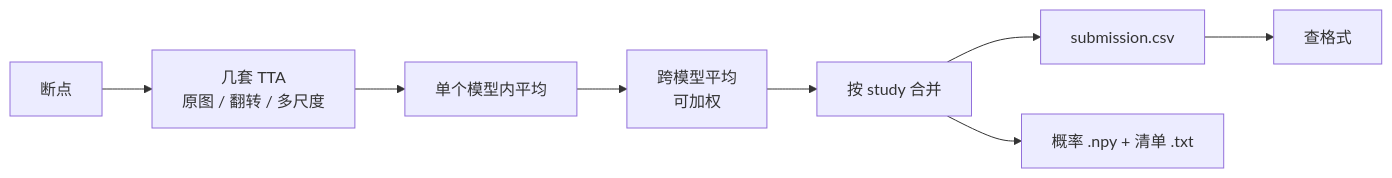
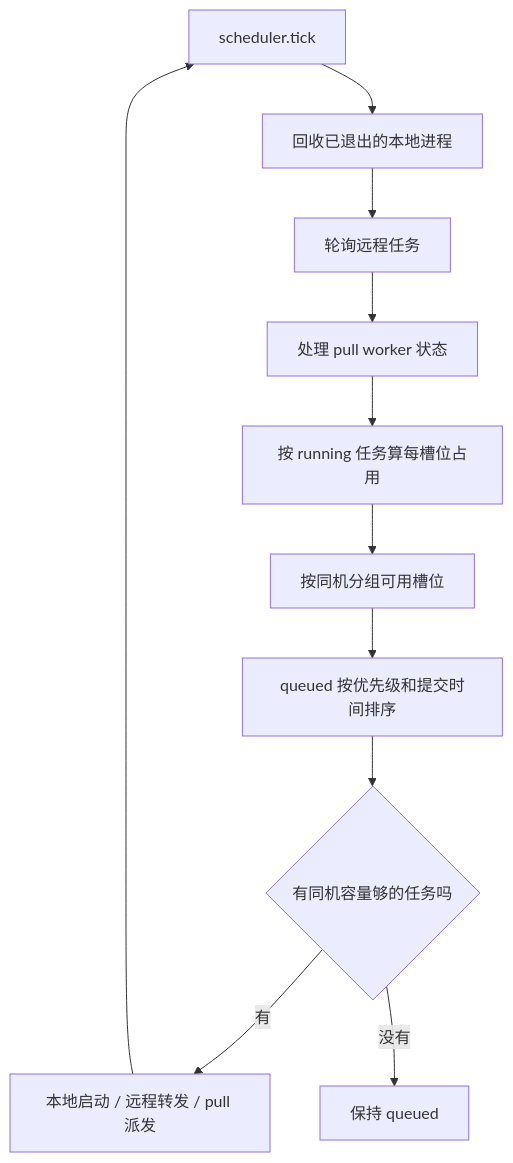
One commit to cixiy1/Yuki-blog changed the fifth of 9 diagrams in src/content/posts/chest-smart-diagnosis.md. Above: the diagram before and after it, drawn with Mermaid. The commit also changed other lines of this file, not shown here.

````diff
--- a/src/content/posts/chest-smart-diagnosis.md
+++ b/src/content/posts/chest-smart-diagnosis.md
@@ -245,10 +211,13 @@
 ```mermaid
-flowchart LR
-  CK["断点"] --> TTA["几套 TTA<br/>原图 / 翻转 / 多尺度"]
-  TTA --> P1["单个模型内平均"]
-  P1 --> P2["跨模型平均<br/>可加权"]
-  P2 --> AGG["按 study 合并"]
-  AGG --> CSV["submission.csv"]
-  AGG --> NPY["概率 .npy + 清单 .txt"]
-  CSV --> VAL["查格式"]
+flowchart TD
+  Tick["scheduler.tick"] --> Reap["回收已退出的本地进程"]
+  Reap --> PollRemote["轮询远程任务"]
+  PollRemote --> PollPull["处理 pull worker 状态"]
+  PollPull --> Count["按 running 任务算每槽位占用"]
+  Count --> Group["按同机分组可用槽位"]
+  Group --> Sort["queued 按优先级和提交时间排序"]
+  Sort --> Fit{"有同机容量够的任务吗"}
+  Fit -->|"有"| Dispatch["本地启动 / 远程转发 / pull 派发"]
+  Fit -->|"没有"| Wait["保持 queued"]
+  Dispatch --> Tick
 ```
````
